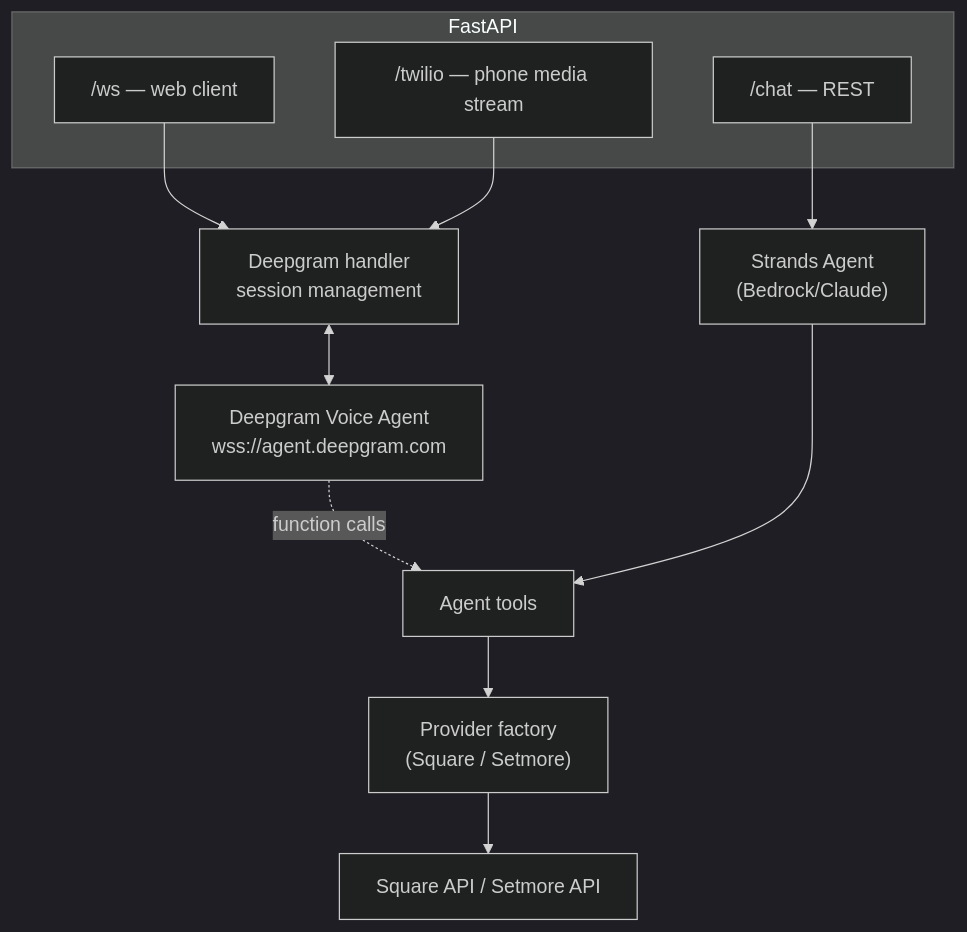
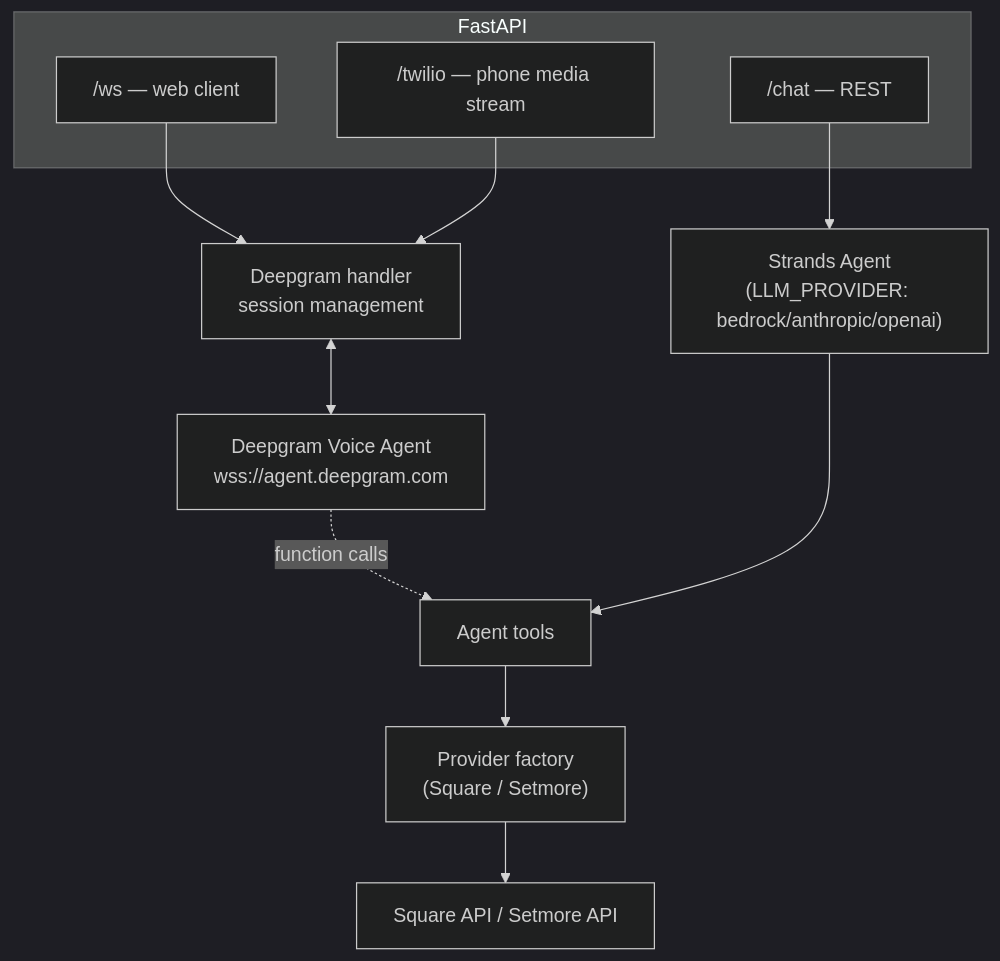
The second of 5 diagrams in docs/ARCHITECTURE.md (cnv1989/VakVoiceAssistant), drawn with Mermaid (dark theme) before and after one commit. The commit also changed other lines of this file and 5 other files, not shown here.

First line of the commit message:
Document multi-provider LLM/voice support across all docs

````diff
--- a/docs/ARCHITECTURE.md
+++ b/docs/ARCHITECTURE.md
@@ -119,19 +120,19 @@
 ```mermaid
 flowchart TD
     subgraph FastAPI
         WSEP["/ws — web client"]
         Twilio["/twilio — phone media stream"]
         Chat["/chat — REST"]
     end
 
     WSEP --> Handler["Deepgram handler<br/>session management"]
     Twilio --> Handler
     Handler <--> DGAgent["Deepgram Voice Agent<br/>wss://agent.deepgram.com"]
 
-    Chat --> Agent["Strands Agent<br/>(Bedrock/Claude)"]
+    Chat --> Agent["Strands Agent<br/>(LLM_PROVIDER: bedrock/anthropic/openai)"]
     DGAgent -. "function calls" .-> Tools["Agent tools"]
     Agent --> Tools
 
     Tools --> Providers["Provider factory<br/>(Square / Setmore)"]
     Providers --> External["Square API / Setmore API"]
 ```
````
